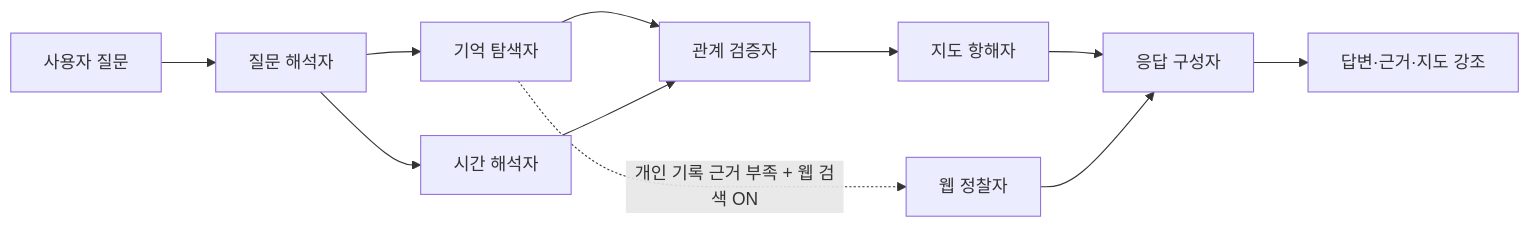
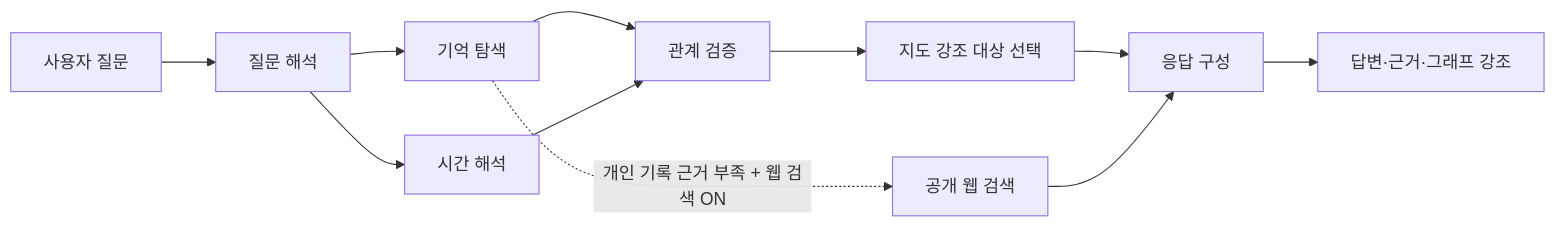
One commit to amyhong0/amy-brain-map changed the third of 4 diagrams in README.md. Above: the diagram before and after it, drawn with Mermaid. The commit also changed other lines of this file, not shown here.

````diff
--- a/README.md
+++ b/README.md
@@ -45,13 +87,13 @@
 ```mermaid
 flowchart LR
-  Q[사용자 질문] --> I[질문 해석자]
-  I --> R[기억 탐색자]
-  I --> T[시간 해석자]
-  R --> V[관계 검증자]
+  Q[사용자 질문] --> I[질문 해석]
+  I --> R[기억 탐색]
+  I --> T[시간 해석]
+  R --> V[관계 검증]
   T --> V
-  V --> N[지도 항해자]
-  N --> A[응답 구성자]
-  R -. 개인 기록 근거 부족 + 웹 검색 ON .-> W[웹 정찰자]
+  V --> M[지도 강조 대상 선택]
+  M --> A[응답 구성]
+  R -. 개인 기록 근거 부족 + 웹 검색 ON .-> W[공개 웹 검색]
   W --> A
-  A --> O[답변·근거·지도 강조]
+  A --> O[답변·근거·그래프 강조]
 ```
````
